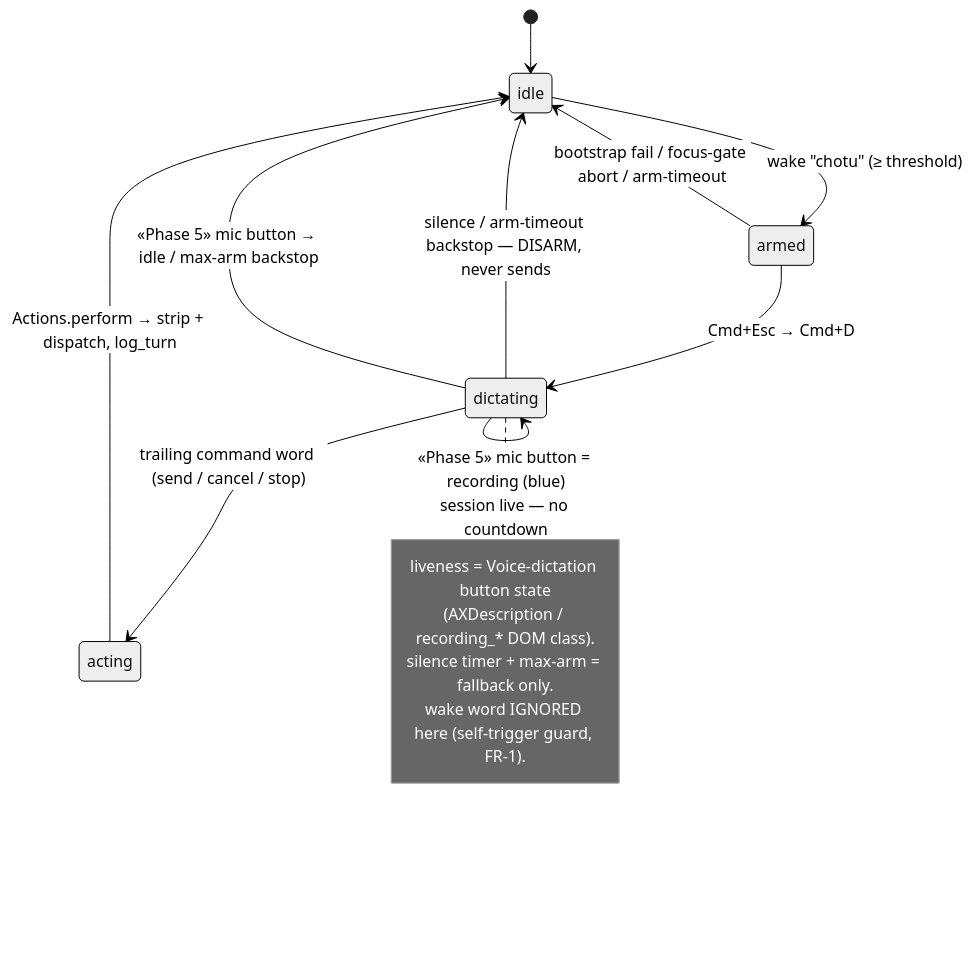
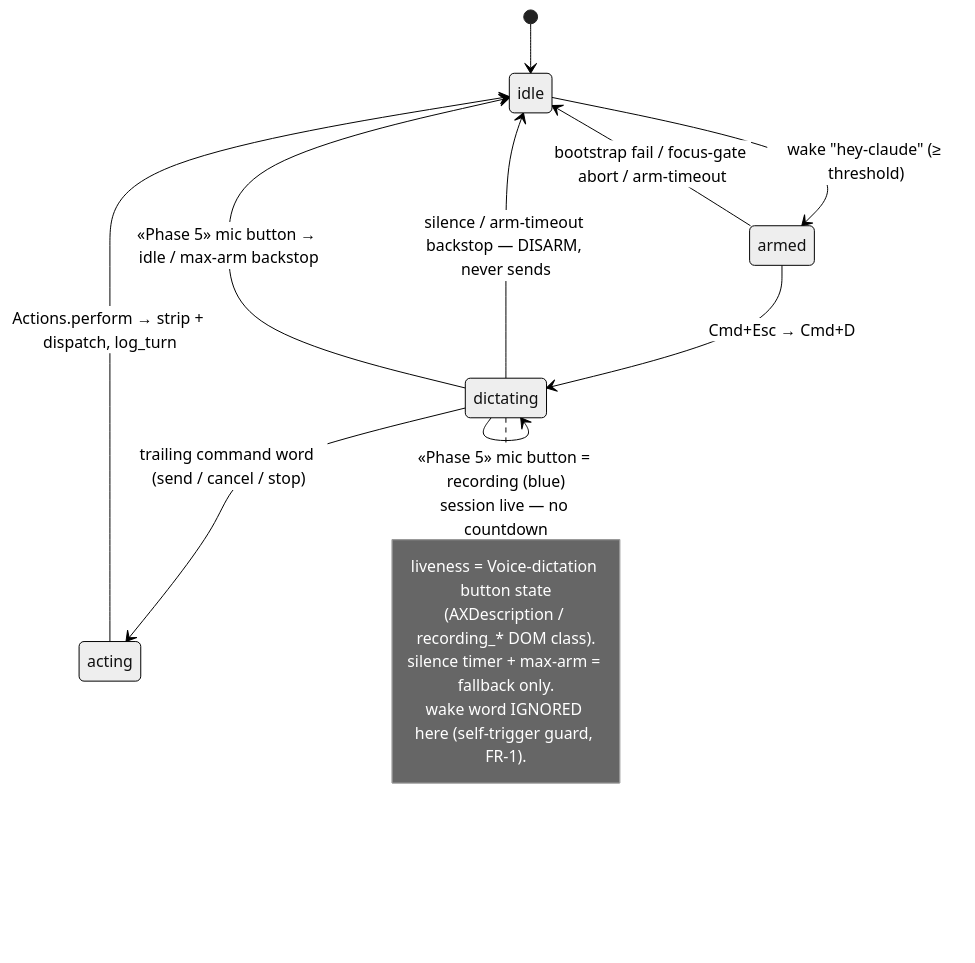
The fifth of 8 diagrams in docs/ARCHITECTURE.md (utkarshtrivedimdz/hey-claude), drawn with Mermaid (neutral theme) before and after one commit. The commit also changed other lines of this file and 36 other files, not shown here.

First line of the commit message:
refactor: rebrand chotu -> hey-claude (drop the confusing codename)

````diff
--- a/docs/ARCHITECTURE.md
+++ b/docs/ARCHITECTURE.md
@@ -239,19 +239,19 @@
 ```mermaid
 stateDiagram-v2
   [*] --> idle
-  idle --> armed: wake "chotu" (≥ threshold)
+  idle --> armed: wake "hey-claude" (≥ threshold)
   armed --> idle: bootstrap fail / focus-gate abort / arm-timeout
   armed --> dictating: Cmd+Esc → Cmd+D
   dictating --> dictating: box value-changed (observe)
   dictating --> dictating: «Phase 5» mic button = recording (blue)<br/>session live — no countdown
   dictating --> idle: silence / arm-timeout backstop — DISARM, never sends
   dictating --> acting: trailing command word (send / cancel / stop)
   acting --> idle: Actions.perform → strip + dispatch, log_turn
   dictating --> idle: «Phase 5» mic button → idle / max-arm backstop
   note right of dictating
     liveness = Voice-dictation button state
     (AXDescription / recording_* DOM class).
     silence timer + max-arm = fallback only.
     wake word IGNORED here (self-trigger guard, FR-1).
   end note
 ```
````
